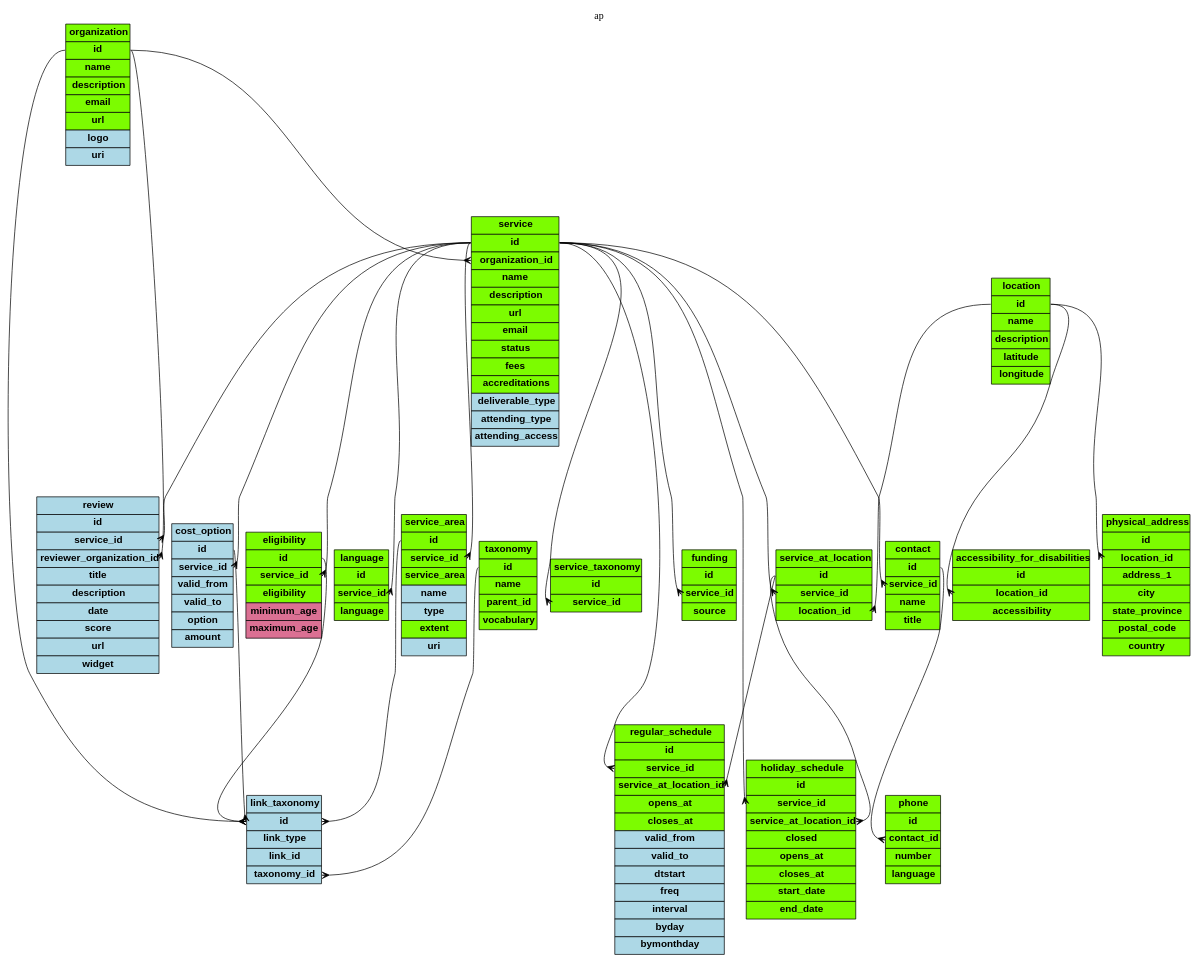
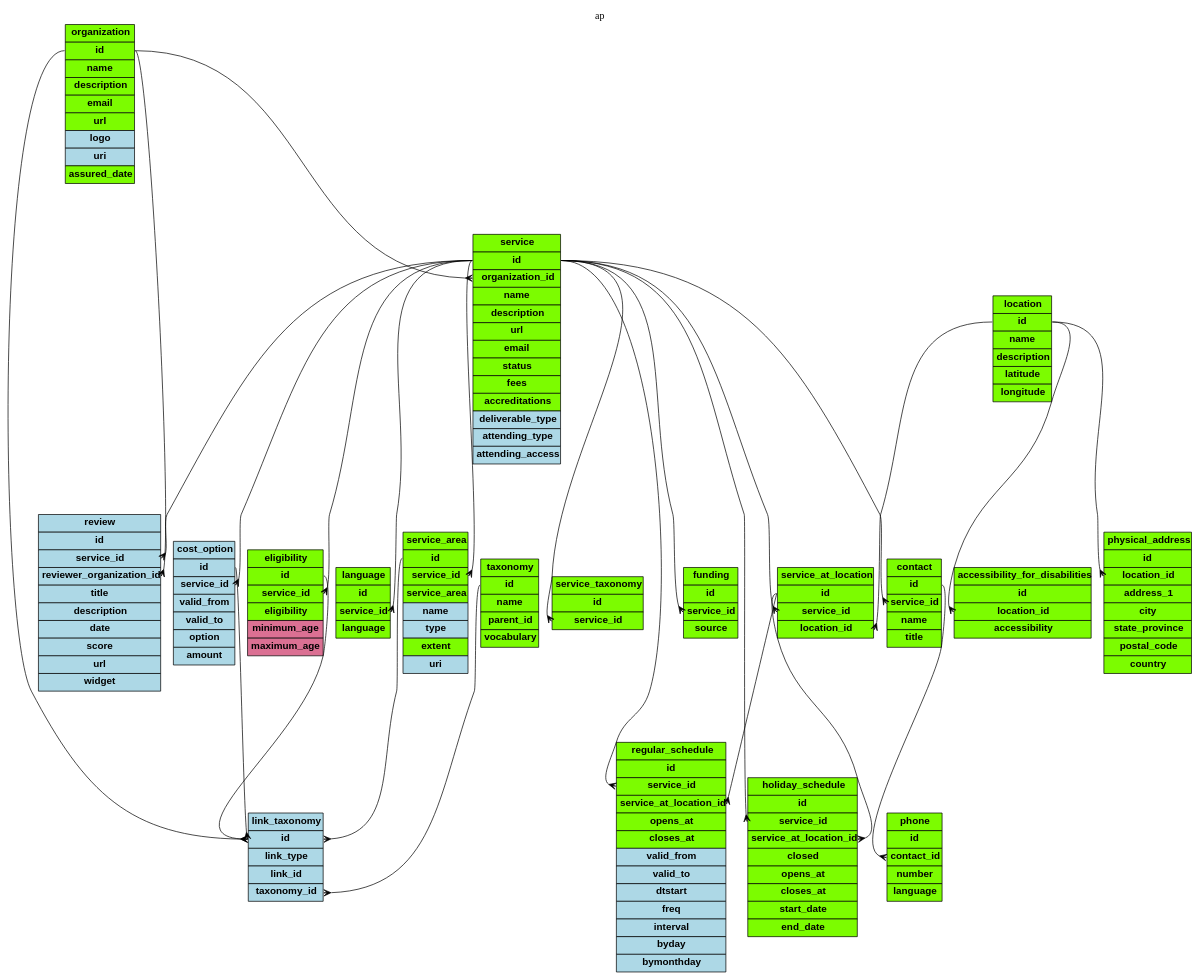
Before and after one commit to OpenReferralUK/human-services: the diagram in Schemas/ap.gv, drawn with Graphviz. The commit also changed 26 other files, not shown here.

Commit message:
Added back assured_date for LGA profile.

```diff
--- a/Schemas/ap.gv
+++ b/Schemas/ap.gv
@@ -21,6 +21,7 @@
 <tr><td  bgcolor="lawngreen"><b>url</b></td></tr>
 <tr><td  bgcolor="lightblue"><b>logo</b></td></tr>
 <tr><td  bgcolor="lightblue"><b>uri</b></td></tr>
+<tr><td  bgcolor="lawngreen"><b>assured_date</b></td></tr>
 </table>
 >]
 
```
